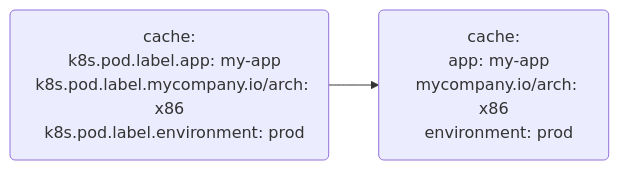
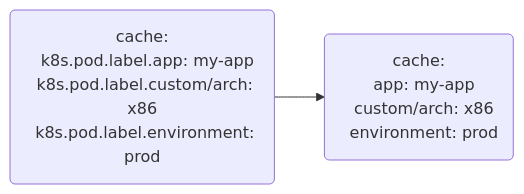
One commit to evan-bradley/ottl-cookbook changed the diagram in code/reorganize-attributes-3-shorten.mmd. Above: the diagram before and after it, drawn with Mermaid. The commit also changed 10 other files, not shown here.

```diff
--- a/code/reorganize-attributes-3-shorten.mmd
+++ b/code/reorganize-attributes-3-shorten.mmd
@@ -1,12 +1,12 @@
 flowchart LR
     log6(cache:
 &nbsp;&nbsp;k8s.pod.label.app: my-app
-&nbsp;&nbsp;k8s.pod.label.mycompany.io/arch: x86
+&nbsp;&nbsp;k8s.pod.label.custom/arch: x86
 &nbsp;&nbsp;k8s.pod.label.environment: prod
     )
     log7(cache:
 &nbsp;&nbsp;app: my-app
-&nbsp;&nbsp;mycompany.io/arch: x86
+&nbsp;&nbsp;custom/arch: x86
 &nbsp;&nbsp;environment: prod
     )
     log6 --> log7
```
